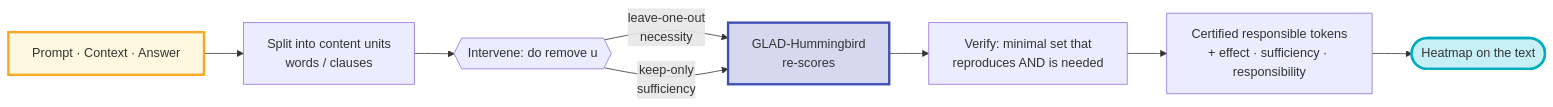
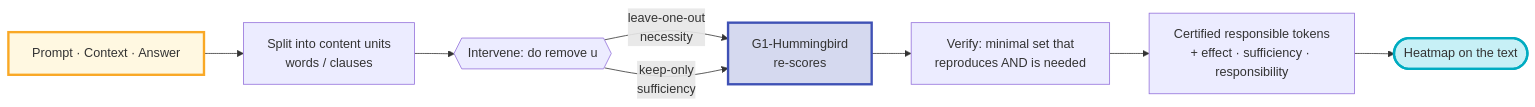
One commit to geodesia-ai/geodesia-docs changed the diagram in docs/g1-proxy/causal-xai.md. Above: the diagram before and after it, drawn with Mermaid. The commit also changed other lines of this file and 45 other files, not shown here.

````diff
--- a/docs/g1-proxy/causal-xai.md
+++ b/docs/g1-proxy/causal-xai.md
@@ -77,19 +77,19 @@
 ```mermaid
 flowchart LR
     A[Prompt · Context · Answer] --> B[Split into content units<br/>words / clauses]
     B --> C{{Intervene: do remove u}}
-    C -->|leave-one-out<br/>necessity| D[GLAD-Hummingbird<br/>re-scores]
+    C -->|leave-one-out<br/>necessity| D[G1-Hummingbird<br/>re-scores]
     C -->|keep-only<br/>sufficiency| D
     D --> E[Verify: minimal set that<br/>reproduces AND is needed]
     E --> F[Certified responsible tokens<br/>+ effect · sufficiency · responsibility]
     F --> G([Heatmap on the text])
     %% Tinte chiare, mai fondi pieni: il colore del testo non e' nostro da
     %% scegliere (vedi la nota in stylesheets/extra.css), quindi il fondo deve
     %% restare vicino a quello della pagina in entrambi i temi.
     classDef gdInput fill:#ffd54f2b,stroke:#f9a825,stroke-width:3px
     classDef gdCore  fill:#3f51b538,stroke:#3f51b5,stroke-width:3px
     classDef gdOut   fill:#00bcd438,stroke:#00acc1,stroke-width:3px
     class A gdInput
     class D gdCore
     class G gdOut
 ```
````
